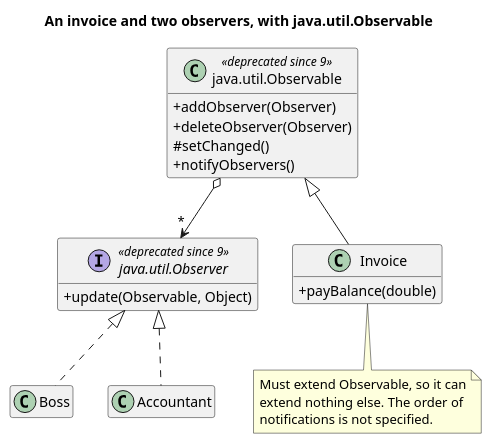
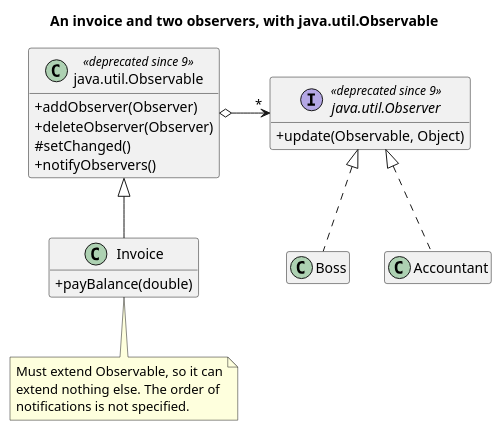
The diagram in src/main/java/dev/kaldiroglu/dp/behavioral/observer/payment/uml/Observer - Payment - Class Diagram.puml (kaldiroglu/DesignPatternsWithJava), drawn with PlantUML before and after one commit. The commit also changed 58 other files, not shown here.

Commit message:
Behavioral diagrams: each parent above and centered over its children, on one row, with straight lines; traffic CD.png shows the current design

```diff
--- a/src/main/java/dev/kaldiroglu/dp/behavioral/observer/payment/uml/Observer - Payment - Class Diagram.puml
+++ b/src/main/java/dev/kaldiroglu/dp/behavioral/observer/payment/uml/Observer - Payment - Class Diagram.puml
@@ -1,28 +1,29 @@
 @startuml "Observer - Payment - Class Diagram"
+skinparam linetype polyline
 skinparam classAttributeIconSize 0
 hide empty members
 title An invoice and two observers, with java.util.Observable
 class "java.util.Observable" as Observable <<deprecated since 9>> {
   + addObserver(Observer)
   + deleteObserver(Observer)
   # setChanged()
   + notifyObservers()
 }
 interface "java.util.Observer" as Observer <<deprecated since 9>> {
   + update(Observable, Object)
 }
 class Invoice {
   + payBalance(double)
 }
 class Boss
 class Accountant
 Observable <|-- Invoice
 Observer <|.. Boss
 Observer <|.. Accountant
-Observable o--> "*" Observer
 note bottom of Invoice
   Must extend Observable, so it can
   extend nothing else. The order of
   notifications is not specified.
 end note
+Observable o-[norank]-> "*" Observer
 @enduml
```
